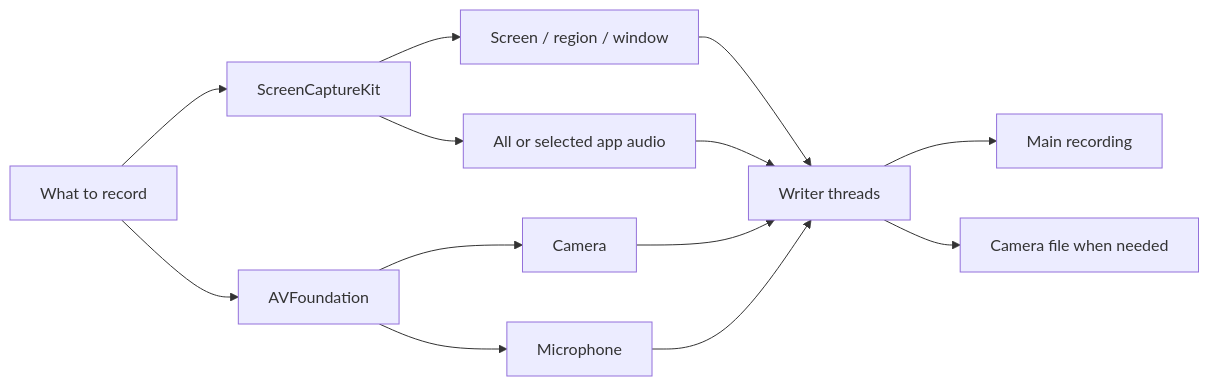
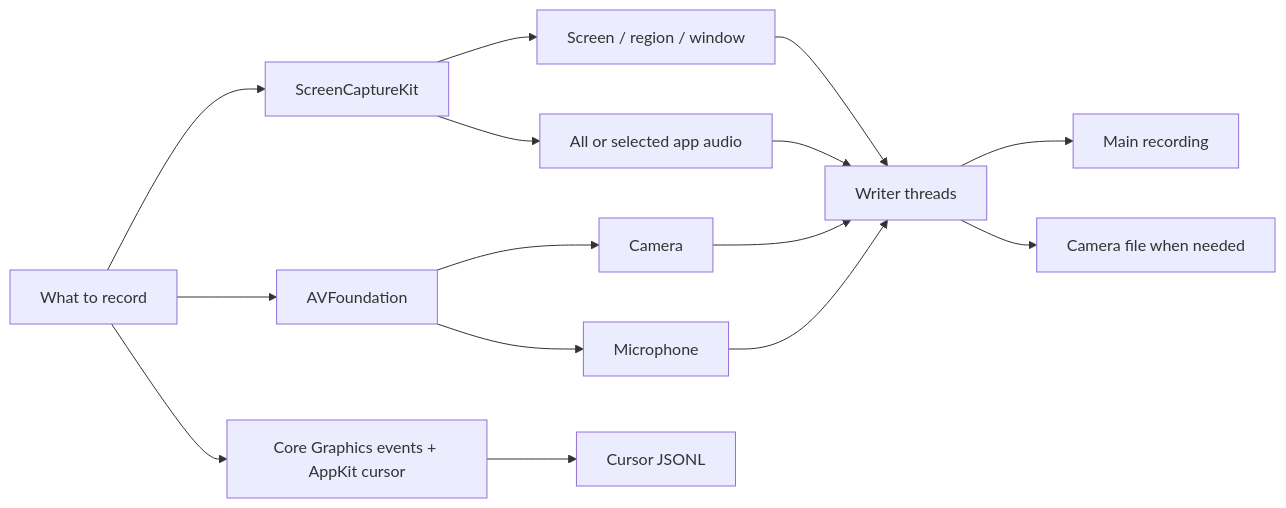
One commit to overpolish/orbit-capture changed the second of 2 diagrams in src-tauri/src/recording/README.md. Above: the diagram before and after it, drawn with Mermaid. The commit also changed other lines of this file and 79 other files, not shown here.

````diff
--- a/src-tauri/src/recording/README.md
+++ b/src-tauri/src/recording/README.md
@@ -50,18 +53,20 @@
 ```mermaid
 flowchart LR
   CONFIG["What to record"] --> SCK["ScreenCaptureKit"]
   CONFIG --> AVF["AVFoundation"]
+  CONFIG --> POINTER["Core Graphics events + AppKit cursor"]
 
   SCK --> SCREEN["Screen / region / window"]
   SCK --> AUDIO["All or selected app audio"]
   AVF --> CAMERA["Camera"]
   AVF --> MIC["Microphone"]
 
   SCREEN --> WRITERS["Writer threads"]
   AUDIO --> WRITERS
   CAMERA --> WRITERS
   MIC --> WRITERS
+  POINTER --> CURSOR["Cursor JSONL"]
 
   WRITERS --> PRIMARY["Main recording"]
   WRITERS --> CAMERA_FILE["Camera file when needed"]
 ```
````
